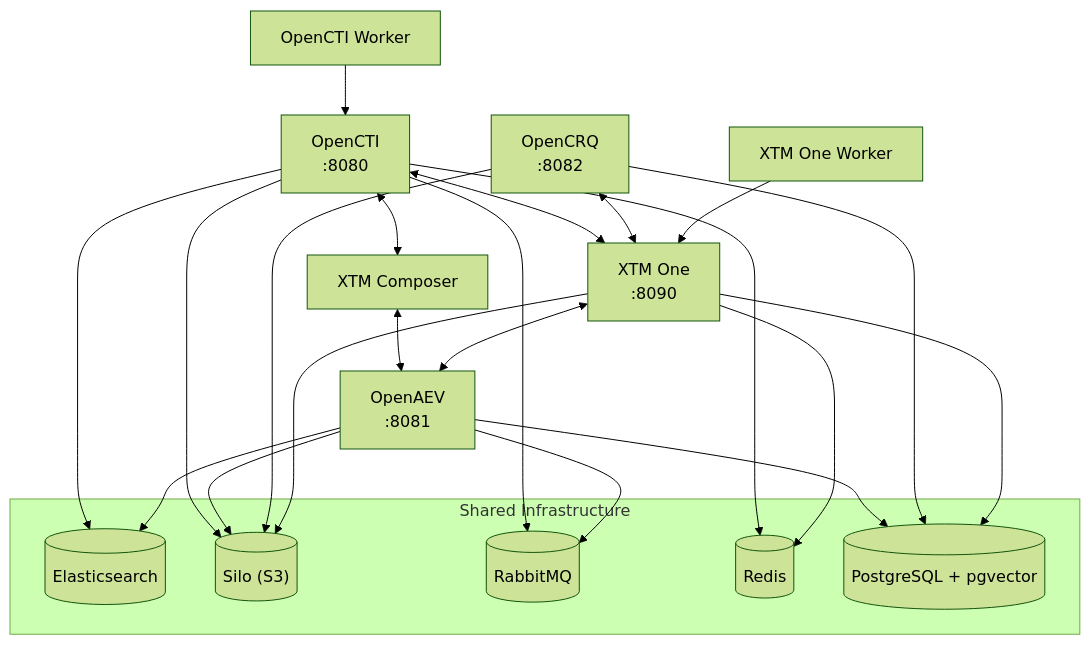
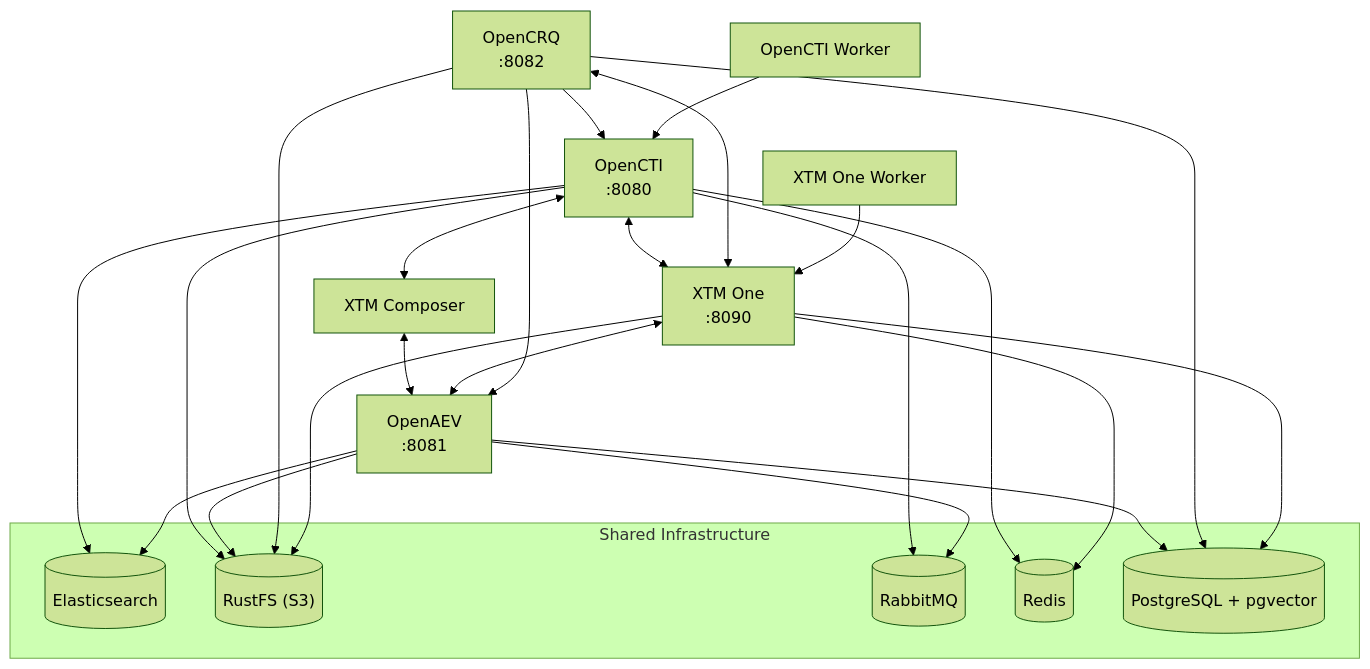
Before and after one commit to FiligranHQ/xtm-docker: the diagram in README.md, drawn with Mermaid (forest theme). The commit also changed other lines of this file and 7 other files, not shown here.

First line of the commit message:
feat(compose): RustFS for the object storage, OpenCRQ as #49 configures it (#57)

````diff
--- a/README.md
+++ b/README.md
@@ -25,40 +25,42 @@
 ```mermaid
 graph TB
     OpenCTI["OpenCTI<br/>:8080"]
     OpenAEV["OpenAEV<br/>:8081"]
     OpenCRQ["OpenCRQ<br/>:8082"]
     XTMOne["XTM One<br/>:8090"]
     Composer["XTM Composer"]
     Worker["OpenCTI Worker"]
     XTMOneWorker["XTM One Worker"]
 
     OpenCTI <--> Composer
     Composer <--> OpenAEV
     OpenCTI <--> XTMOne
     XTMOne <--> OpenAEV
     OpenCRQ <--> XTMOne
+    OpenCRQ --> OpenCTI
+    OpenCRQ --> OpenAEV
     Worker --> OpenCTI
     XTMOneWorker --> XTMOne
 
     subgraph Shared["Shared Infrastructure"]
         ES[("Elasticsearch")]
-        Silo[("Silo (S3)")]
+        RustFS[("RustFS (S3)")]
         RabbitMQ[("RabbitMQ")]
         Redis[("Redis")]
         PG[("PostgreSQL + pgvector")]
     end
 
     OpenCTI --> ES
-    OpenCTI --> Silo
+    OpenCTI --> RustFS
     OpenCTI --> RabbitMQ
     OpenCTI --> Redis
     OpenAEV --> ES
-    OpenAEV --> Silo
+    OpenAEV --> RustFS
     OpenAEV --> RabbitMQ
     OpenAEV --> PG
-    OpenCRQ --> Silo
+    OpenCRQ --> RustFS
     OpenCRQ --> PG
-    XTMOne --> Silo
+    XTMOne --> RustFS
     XTMOne --> Redis
     XTMOne --> PG
 ```
````
